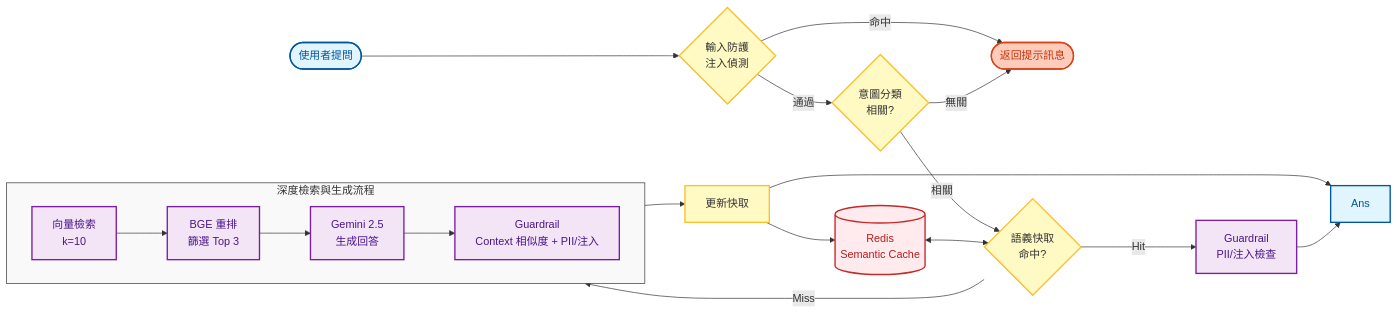
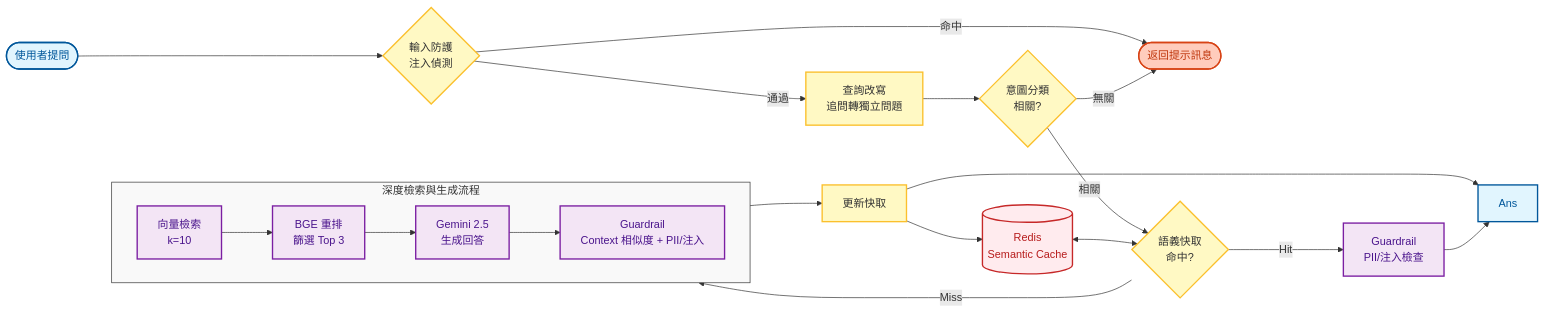
One commit to albertkingdom/rag-chatbot-demo changed the second of 4 diagrams in architecture.md. Above: the diagram before and after it, drawn with Mermaid. The commit also changed other lines of this file and 2 other files, not shown here.

````diff
--- a/architecture.md
+++ b/architecture.md
@@ -74,45 +76,47 @@
 ```mermaid
 flowchart LR
     %% 方向與元件定義
     Q([使用者提問]) --> InputGuard{輸入防護<br/>注入偵測}
 
     InputGuard -- 命中 --> Reject([返回提示訊息])
-    InputGuard -- 通過 --> Intent{意圖分類<br/>相關?}
+    InputGuard -- 通過 --> Rewrite[查詢改寫<br/>追問轉獨立問題]
+
+    Rewrite --> Intent{意圖分類<br/>相關?}
 
     Intent -- 無關 --> Reject
     Intent -- 相關 --> Cache{語義快取<br/>命中?}
 
     Redis[(Redis<br/>Semantic Cache)] <--> Cache
 
     subgraph RAG ["深度檢索與生成流程"]
         direction LR
         Search[向量檢索<br/>k=10] --> Rerank[BGE 重排<br/>篩選 Top 3]
         Rerank --> Gen[Gemini 2.5<br/>生成回答]
         Gen --> GuardDeep[Guardrail<br/>Context 相似度 + PII/注入]
     end
 
     Cache -- Miss --> Search
     Cache -- Hit ----> GuardCache[Guardrail<br/>PII/注入檢查]
 
     %% 回寫快取路徑
     GuardDeep --> Store[更新快取]
     Store --> Redis
     Store --> Ans
     GuardCache --> Ans
 
     %% 樣式美化 (增強對比度以利簡報呈現)
     classDef input fill:#e1f5fe,stroke:#01579b,stroke-width:2px,color:#01579b
     classDef logic fill:#fff9c4,stroke:#fbc02d,stroke-width:2px,color:#333
     classDef core fill:#f3e5f5,stroke:#7b1fa2,stroke-width:2px,color:#4a148c
     classDef storage fill:#ffebee,stroke:#c62828,stroke-width:2px,color:#b71c1c
     classDef reject fill:#ffccbc,stroke:#d84315,stroke-width:2px,color:#bf360c
 
     class Q,Ans input
-    class InputGuard,Intent,Cache,Store logic
+    class InputGuard,Rewrite,Intent,Cache,Store logic
     class Search,Rerank,Gen,GuardDeep,GuardCache core
     class Redis storage
     class Reject reject
 
     %% 子圖樣式
     style RAG fill:#f9f9f9,stroke:#333,stroke-width:1px,color:#333
 ```
````
